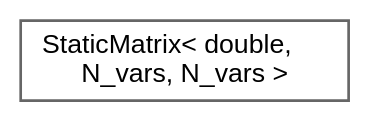
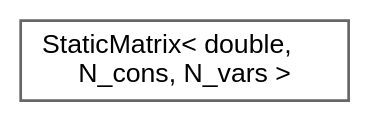
The diagram in inherit_graph_61.dot (jswoo0615/Algorithms_for_Optimization_cpp), drawn with Graphviz before and after one commit. The commit also changed 102 other files, not shown here.

```diff
--- a/inherit_graph_61.dot
+++ b/inherit_graph_61.dot
@@ -1,9 +1,9 @@
 digraph "Graphical Class Hierarchy"
 {
  // LATEX_PDF_SIZE
   bgcolor="transparent";
   edge [fontname=Helvetica,fontsize=10,labelfontname=Helvetica,labelfontsize=10];
   node [fontname=Helvetica,fontsize=10,shape=box,height=0.2,width=0.4];
   rankdir="LR";
-  Node0 [id="Node000000",label="StaticMatrix\< double,\l N_vars, N_vars \>",height=0.2,width=0.4,color="grey40", fillcolor="white", style="filled",URL="$classStaticMatrix.html",tooltip=" "];
+  Node0 [id="Node000000",label="StaticMatrix\< double,\l N_cons, N_vars \>",height=0.2,width=0.4,color="grey40", fillcolor="white", style="filled",URL="$classStaticMatrix.html",tooltip=" "];
 }
```
